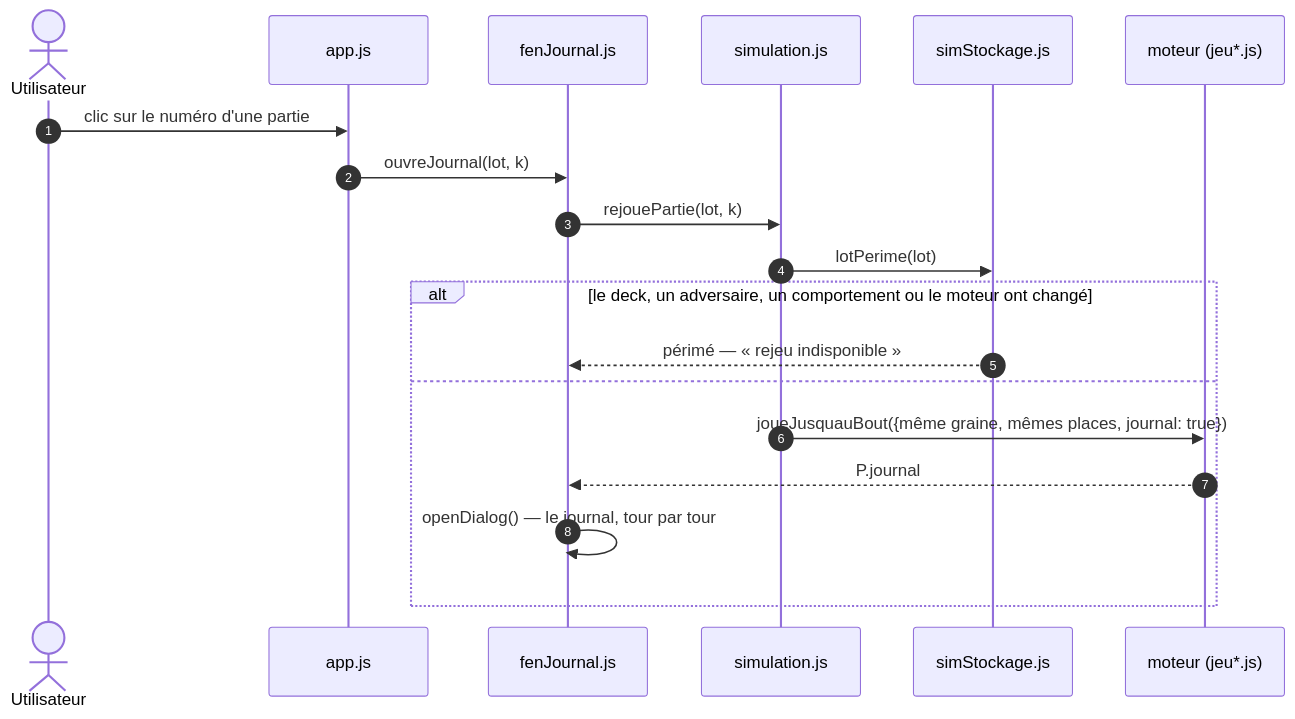
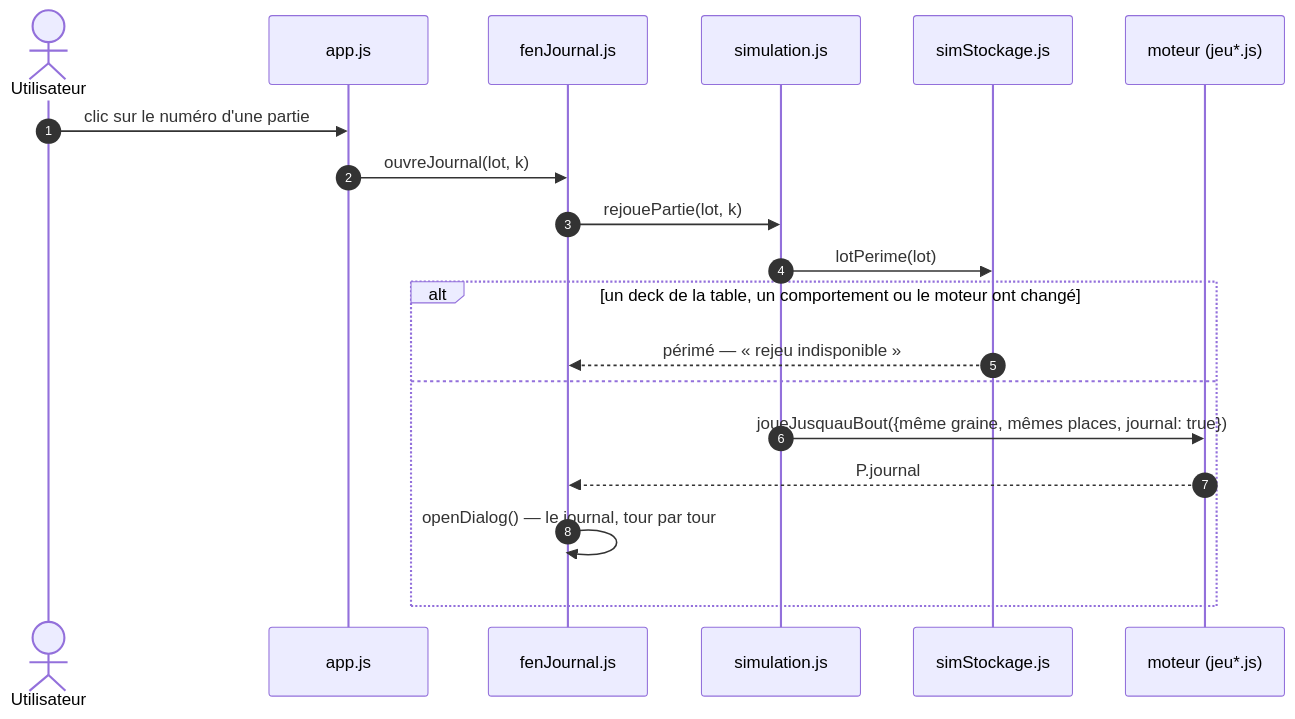
Diagram 22 of 26 in PARCOURS.md (HJoudrier/MtgDeckBuilder_v3), drawn with Mermaid before and after one commit. The commit also changed other lines of this file and 27 other files, not shown here.

````diff
--- a/PARCOURS.md
+++ b/PARCOURS.md
@@ -890,22 +851,22 @@
 ```mermaid
 sequenceDiagram
     autonumber
     actor U as Utilisateur
     participant APP as app.js
     participant J as fenJournal.js
     participant SIM as simulation.js
     participant RES as simStockage.js
     participant MOT as moteur (jeu*.js)
 
     U->>APP: clic sur le numéro d'une partie
     APP->>J: ouvreJournal(lot, k)
     J->>SIM: rejouePartie(lot, k)
     SIM->>RES: lotPerime(lot)
-    alt le deck, un adversaire, un comportement ou le moteur ont changé
+    alt un deck de la table, un comportement ou le moteur ont changé
         RES-->>J: périmé — « rejeu indisponible »
     else
         SIM->>MOT: joueJusquauBout({même graine, mêmes places, journal: true})
         MOT-->>J: P.journal
         J->>J: openDialog() — le journal, tour par tour
     end
 ```
````
